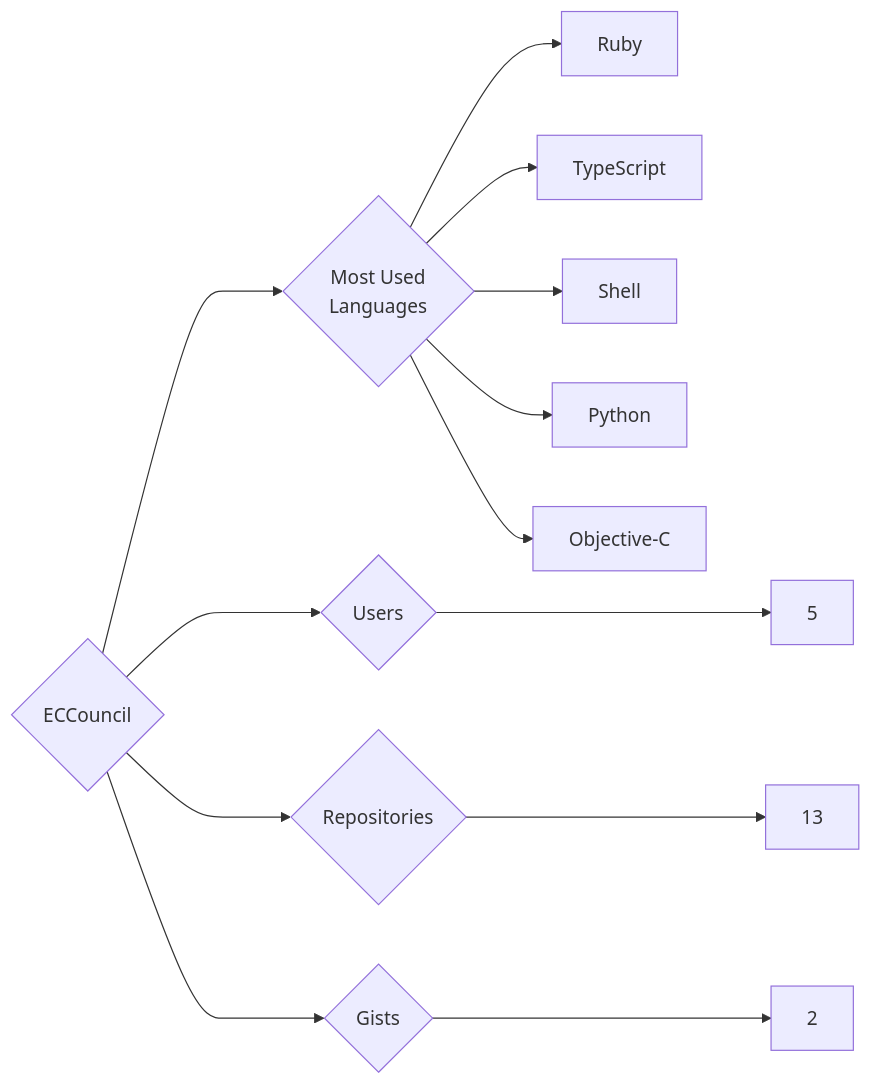
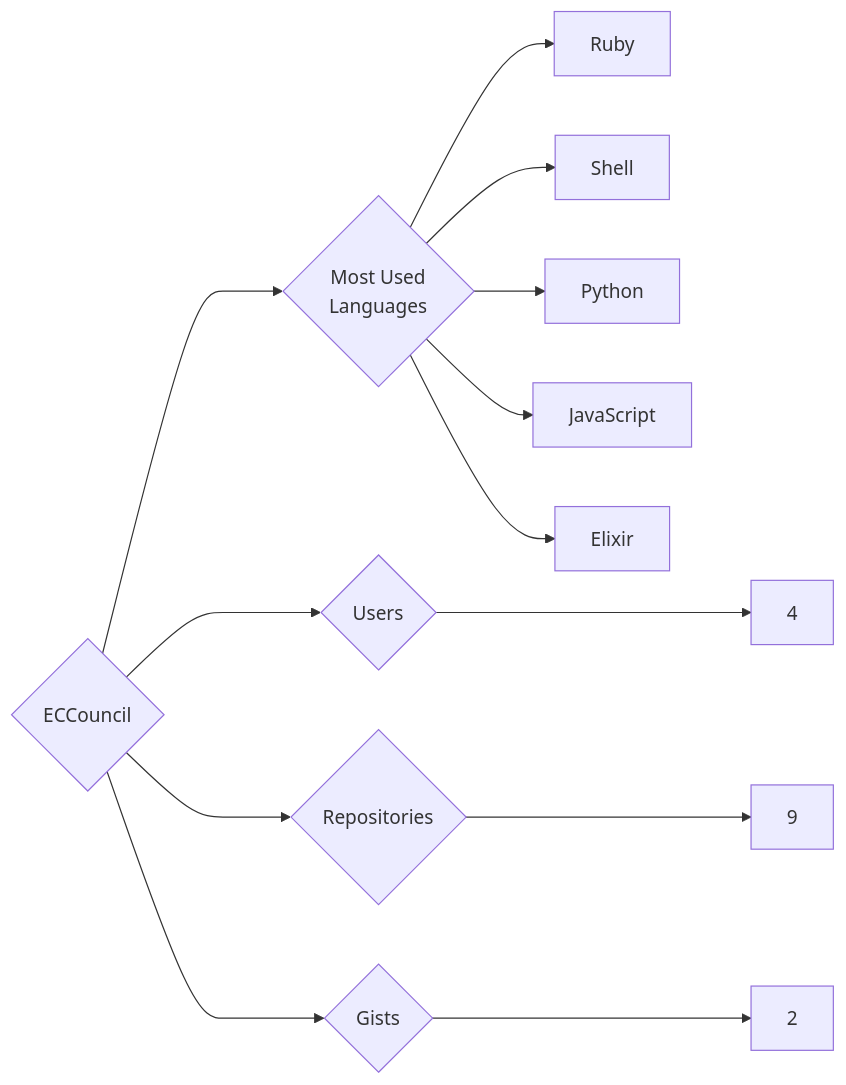
Before and after one commit to trickest/insiders: the diagram in targets/ECCouncil/README.md, drawn with Mermaid. The commit also changed 1148 other files, not shown here.

````diff
--- a/targets/ECCouncil/README.md
+++ b/targets/ECCouncil/README.md
@@ -3,13 +3,13 @@
 ```mermaid
 graph LR
 COMPANY_NAME{ECCouncil}
-COMPANY_NAME ---> U{Users} ---> UN[5]
-COMPANY_NAME ---> R{Repositories} ---> RN[13]
+COMPANY_NAME ---> U{Users} ---> UN[4]
+COMPANY_NAME ---> R{Repositories} ---> RN[9]
 COMPANY_NAME ---> G{Gists} ---> GN[2]
 COMPANY_NAME ---> ML{Most Used<br>Languages}
 ML --> Ruby[Ruby]
-ML --> TypeScript[TypeScript]
 ML --> Shell[Shell]
 ML --> Python[Python]
-ML --> Objective-C[Objective-C]
+ML --> JavaScript[JavaScript]
+ML --> Elixir[Elixir]
 ```
````
